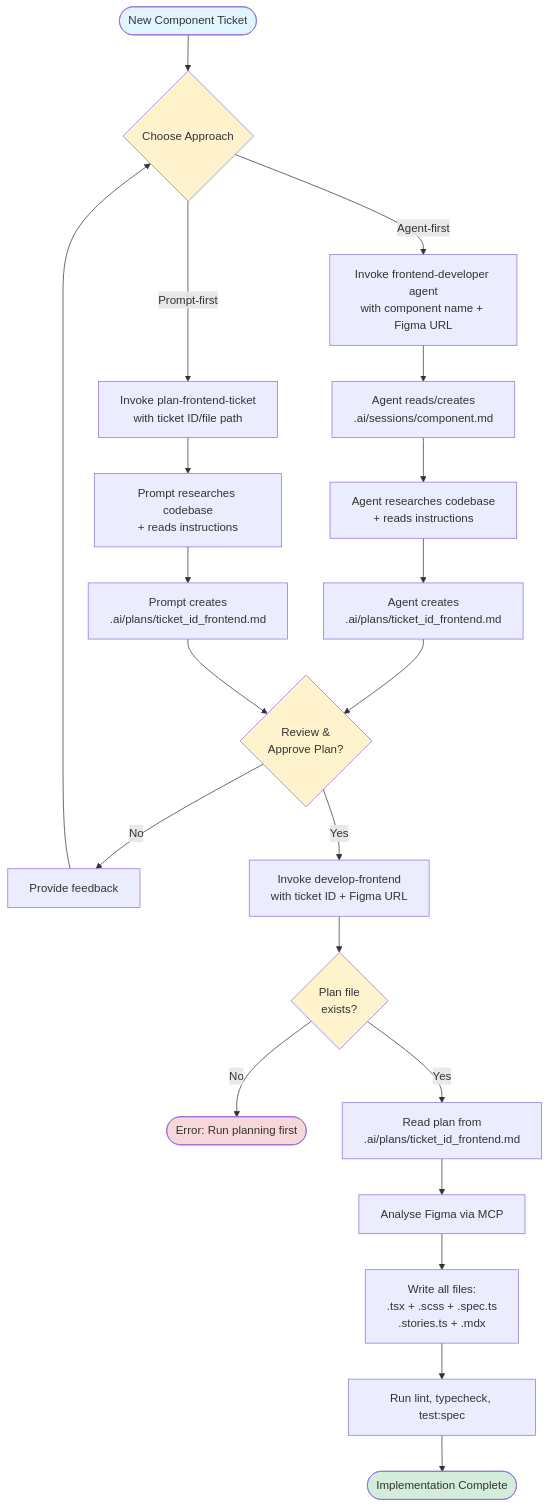
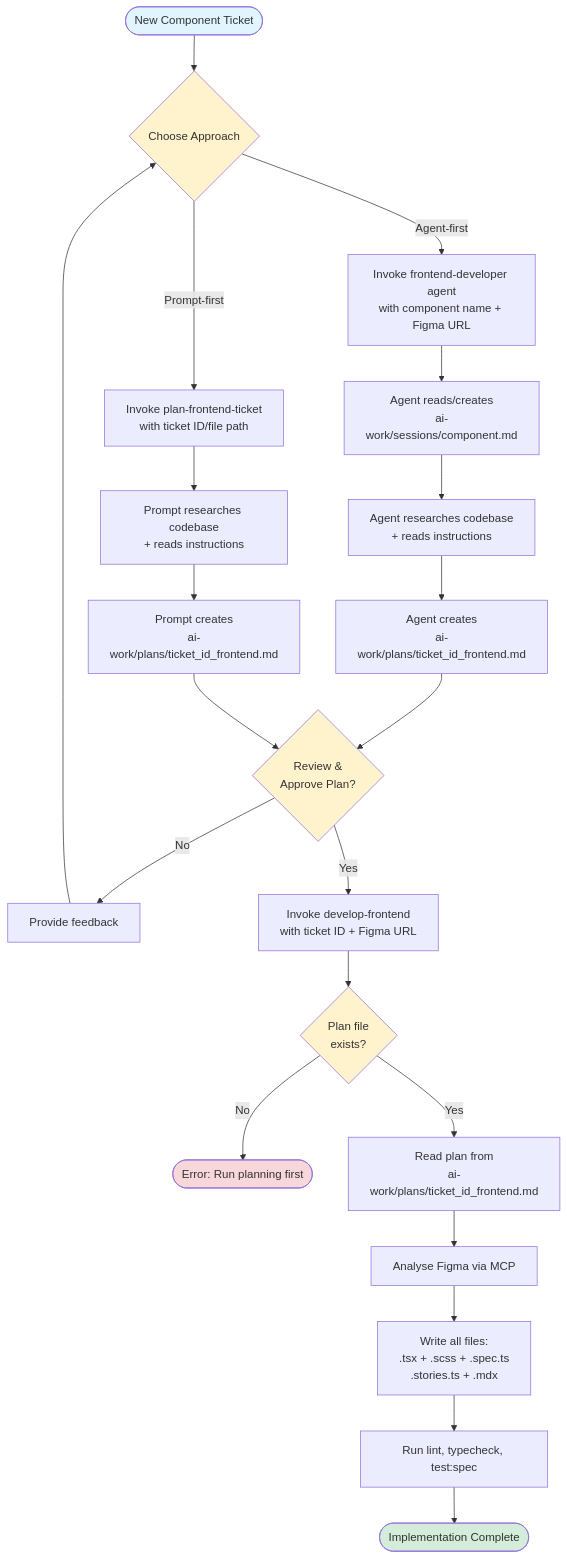
Before and after one commit to dgonzalezts/boreal-ds-ai: the first of 2 diagrams in ai-docs/docs/README.md, drawn with Mermaid. The commit also changed other lines of this file and 125 other files, not shown here.

````diff
--- a/ai-docs/docs/README.md
+++ b/ai-docs/docs/README.md
@@ -23,40 +23,40 @@
 ```mermaid
 flowchart TD
     Start([New Component Ticket])
 
     Start --> Choice{Choose Approach}
 
     Choice -->|Agent-first| Agent[Invoke frontend-developer agent<br/>with component name + Figma URL]
     Choice -->|Prompt-first| PlanPrompt[Invoke plan-frontend-ticket<br/>with ticket ID/file path]
 
-    Agent --> Session[Agent reads/creates<br/>.ai/sessions/component.md]
+    Agent --> Session[Agent reads/creates<br/>ai-work/sessions/component.md]
     Session --> Research[Agent researches codebase<br/>+ reads instructions]
-    Research --> AgentPlan[Agent creates<br/>.ai/plans/ticket_id_frontend.md]
+    Research --> AgentPlan[Agent creates<br/>ai-work/plans/ticket_id_frontend.md]
 
     PlanPrompt --> PromptResearch[Prompt researches codebase<br/>+ reads instructions]
-    PromptResearch --> PromptPlan[Prompt creates<br/>.ai/plans/ticket_id_frontend.md]
+    PromptResearch --> PromptPlan[Prompt creates<br/>ai-work/plans/ticket_id_frontend.md]
 
     AgentPlan --> Review{Review &<br/>Approve Plan?}
     PromptPlan --> Review
 
     Review -->|No| Revise[Provide feedback]
     Revise --> Choice
 
     Review -->|Yes| DevPrompt[Invoke develop-frontend<br/>with ticket ID + Figma URL]
 
     DevPrompt --> CheckPlan{Plan file<br/>exists?}
     CheckPlan -->|No| Stop([Error: Run planning first])
-    CheckPlan -->|Yes| ReadPlan[Read plan from<br/>.ai/plans/ticket_id_frontend.md]
+    CheckPlan -->|Yes| ReadPlan[Read plan from<br/>ai-work/plans/ticket_id_frontend.md]
 
     ReadPlan --> Figma[Analyse Figma via MCP]
     Figma --> Implement[Write all files:<br/>.tsx + .scss + .spec.ts<br/>.stories.ts + .mdx]
     Implement --> QualityGates[Run lint, typecheck, test:spec]
     QualityGates --> Done([Implementation Complete])
 
     style Start fill:#e1f5ff
     style Done fill:#d4edda
     style Stop fill:#f8d7da
     style Choice fill:#fff3cd
     style Review fill:#fff3cd
     style CheckPlan fill:#fff3cd
 ```
````
